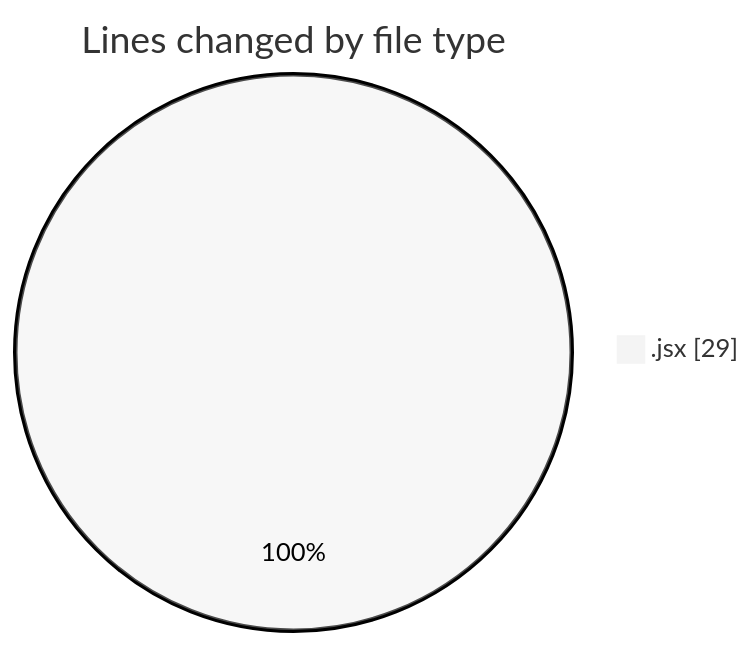
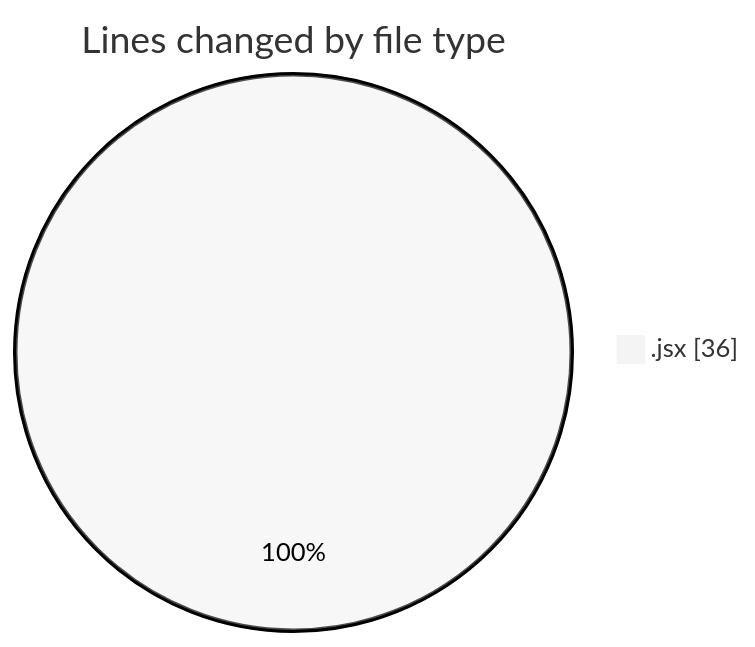
The first of 2 diagrams in 2026-02-11/cda/README.md (momahboobian/code-tracking), drawn with Mermaid (neutral theme) before and after one commit. The commit also changed other lines of this file and 1 other file, not shown here.

````diff
--- a/2026-02-11/cda/README.md
+++ b/2026-02-11/cda/README.md
@@ -20,5 +20,5 @@
 ```mermaid
 pie showData
 title Lines changed by file type
-".jsx" : 29
+".jsx" : 36
 ```
````
